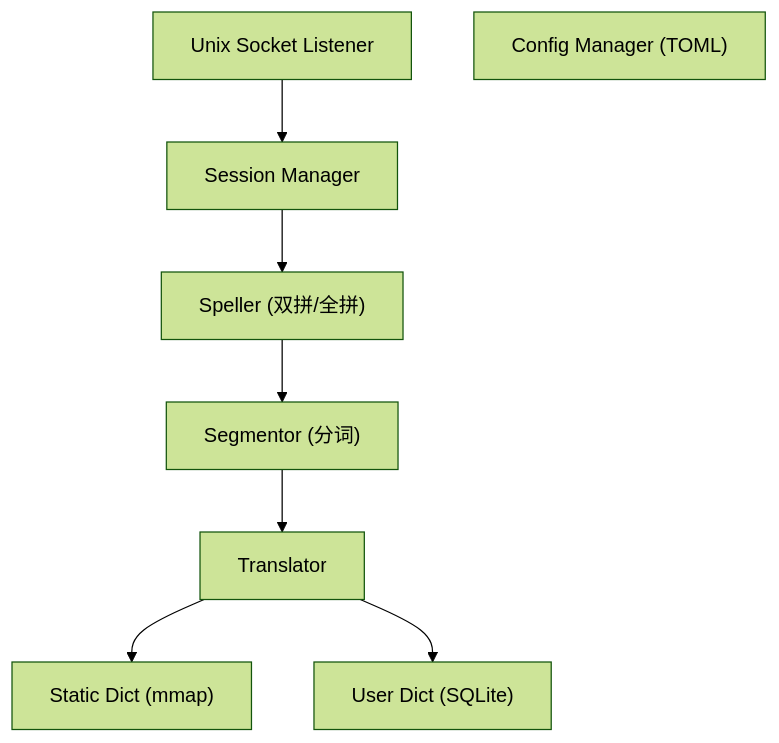
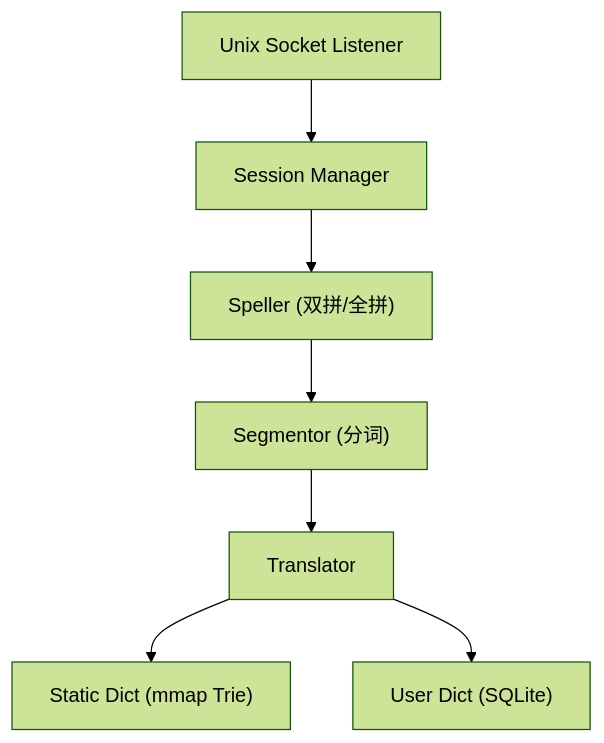
One commit to jiazhoulvke/goime changed the diagram in README.md. Above: the diagram before and after it, drawn with Mermaid (forest theme).

Commit message:
docs: simplify mermaid diagram

````diff
--- a/README.md
+++ b/README.md
@@ -9,17 +9,16 @@
 ```mermaid
 flowchart TD
     Socket["Unix Socket Listener"]
     Session["Session Manager"]
     Speller["Speller (双拼/全拼)"]
     Seg["Segmentor (分词)"]
     Trans["Translator"]
-    Static["Static Dict (mmap)"]
+    Static["Static Dict (mmap Trie)"]
     User["User Dict (SQLite)"]
-    Config["Config Manager (TOML)"]
 
     Socket --> Session
     Session --> Speller
     Speller --> Seg --> Trans
     Trans --> Static
     Trans --> User
 ```
````
